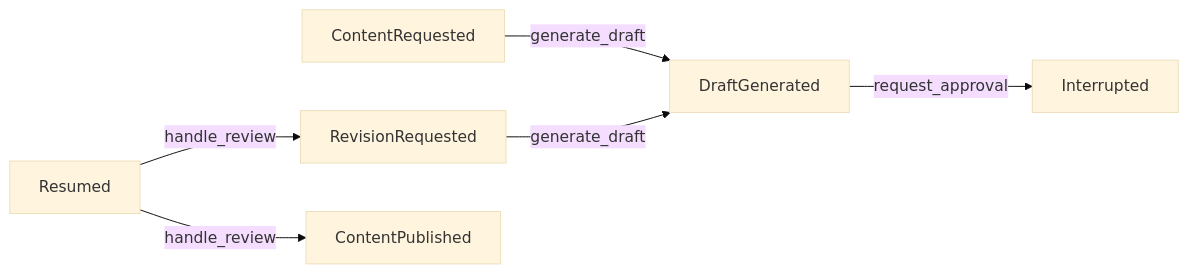
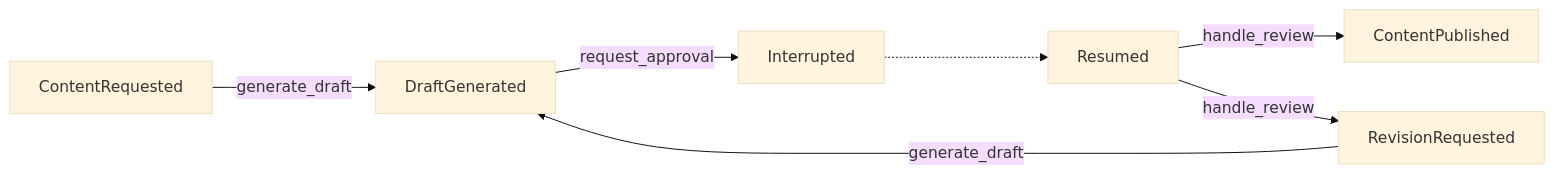
Before and after one commit to cadance-io/langgraph-events: the diagram in examples/human_in_the_loop.graph.md, drawn with Mermaid (base theme). The commit also changed 10 other files, not shown here.

First line of the commit message:
Fix mermaid graph linking and reuse example EventGraphs

````diff
--- a/examples/human_in_the_loop.graph.md
+++ b/examples/human_in_the_loop.graph.md
@@ -4,9 +4,10 @@
 ```mermaid
 graph LR
     ContentRequested -->|generate_draft| DraftGenerated
     RevisionRequested -->|generate_draft| DraftGenerated
     DraftGenerated -->|request_approval| Interrupted
     Resumed -->|handle_review| ContentPublished
     Resumed -->|handle_review| RevisionRequested
+    Interrupted -.-> Resumed
 %% Side-effect handlers: audit_trail (Auditable)
 ```
````
